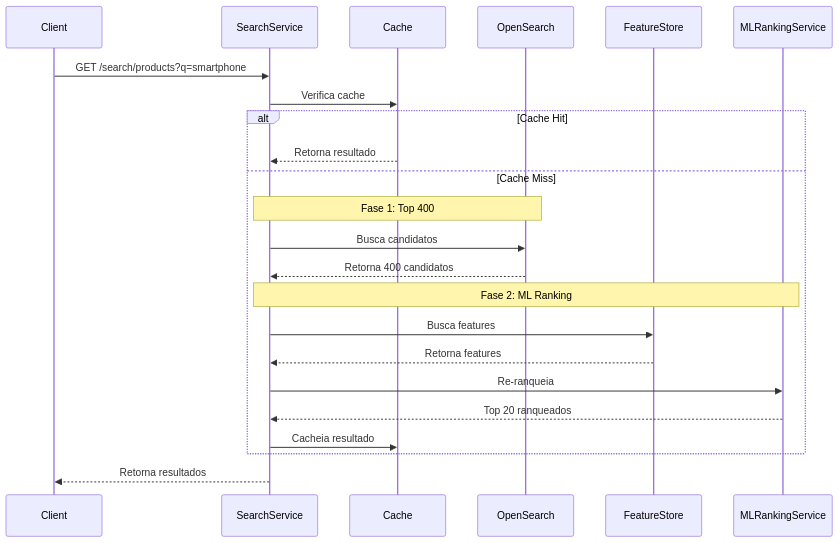
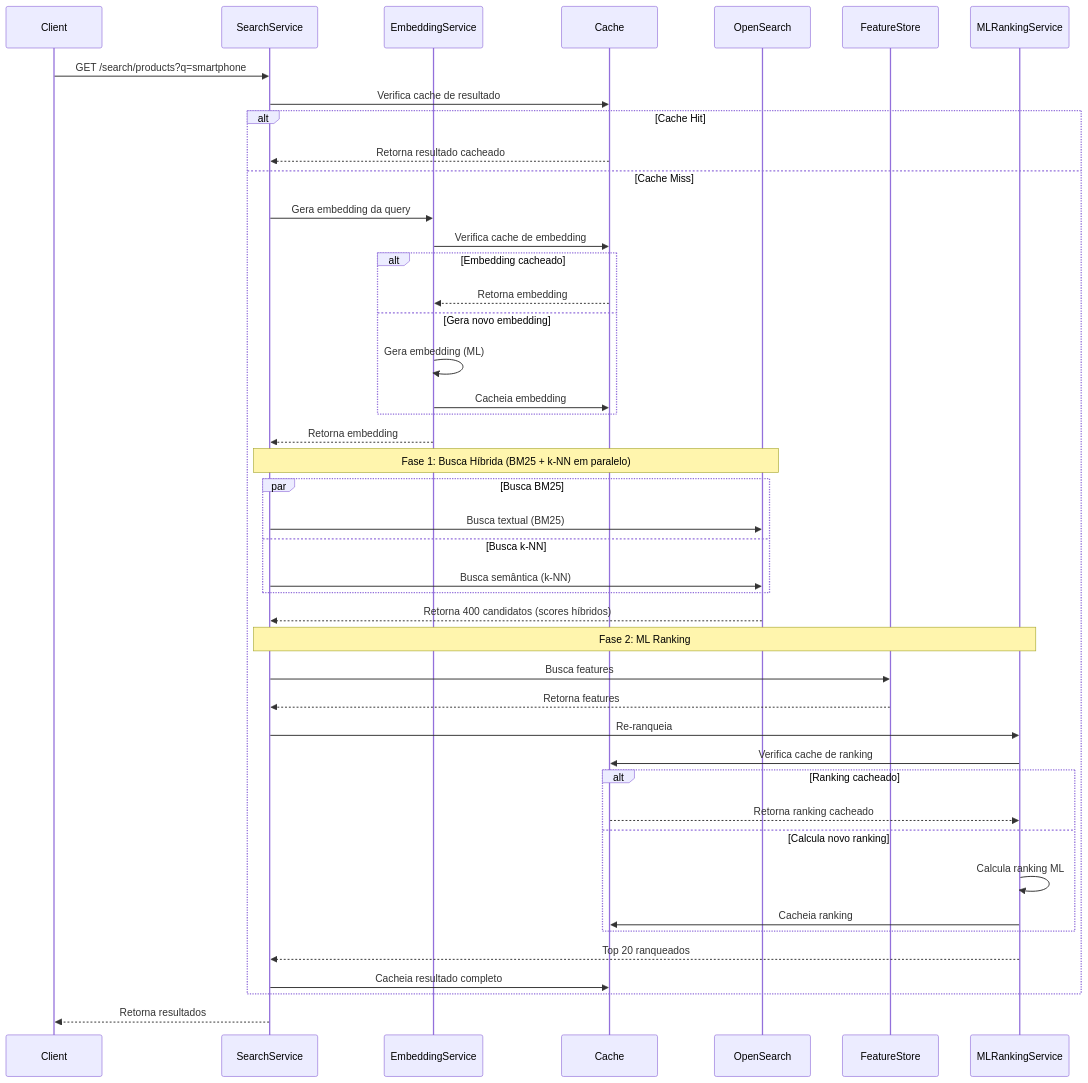
The second of 2 diagrams in docs/ARCHITECTURE.md (pablords/marketplace-search-system), drawn with Mermaid before and after one commit. The commit also changed other lines of this file and 3 other files, not shown here.

Commit message:
feat: enhance README and architecture documentation with new features; add details on idempotency, event deduplication, hybrid search, and Redis caching; update service responsibilities and health check information for improved clarity

````diff
--- a/docs/ARCHITECTURE.md
+++ b/docs/ARCHITECTURE.md
@@ -219,27 +281,49 @@
 ```mermaid
 sequenceDiagram
     participant Client
     participant SearchService
+    participant EmbeddingService
     participant Cache
     participant OpenSearch
     participant FeatureStore
     participant MLRankingService
 
     Client->>SearchService: GET /search/products?q=smartphone
-    SearchService->>Cache: Verifica cache
+    SearchService->>Cache: Verifica cache de resultado
     alt Cache Hit
-        Cache-->>SearchService: Retorna resultado
+        Cache-->>SearchService: Retorna resultado cacheado
     else Cache Miss
-        Note over SearchService,OpenSearch: Fase 1: Top 400
-        SearchService->>OpenSearch: Busca candidatos
-        OpenSearch-->>SearchService: Retorna 400 candidatos
+        SearchService->>EmbeddingService: Gera embedding da query
+        EmbeddingService->>Cache: Verifica cache de embedding
+        alt Embedding cacheado
+            Cache-->>EmbeddingService: Retorna embedding
+        else Gera novo embedding
+            EmbeddingService->>EmbeddingService: Gera embedding (ML)
+            EmbeddingService->>Cache: Cacheia embedding
+        end
+        EmbeddingService-->>SearchService: Retorna embedding
+        
+        Note over SearchService,OpenSearch: Fase 1: Busca Híbrida (BM25 + k-NN em paralelo)
+        par Busca BM25
+            SearchService->>OpenSearch: Busca textual (BM25)
+        and Busca k-NN
+            SearchService->>OpenSearch: Busca semântica (k-NN)
+        end
+        OpenSearch-->>SearchService: Retorna 400 candidatos (scores híbridos)
         
         Note over SearchService,MLRankingService: Fase 2: ML Ranking
         SearchService->>FeatureStore: Busca features
         FeatureStore-->>SearchService: Retorna features
         SearchService->>MLRankingService: Re-ranqueia
+        MLRankingService->>Cache: Verifica cache de ranking
+        alt Ranking cacheado
+            Cache-->>MLRankingService: Retorna ranking cacheado
+        else Calcula novo ranking
+            MLRankingService->>MLRankingService: Calcula ranking ML
+            MLRankingService->>Cache: Cacheia ranking
+        end
         MLRankingService-->>SearchService: Top 20 ranqueados
-        SearchService->>Cache: Cacheia resultado
+        SearchService->>Cache: Cacheia resultado completo
     end
     SearchService-->>Client: Retorna resultados
 ```
````
